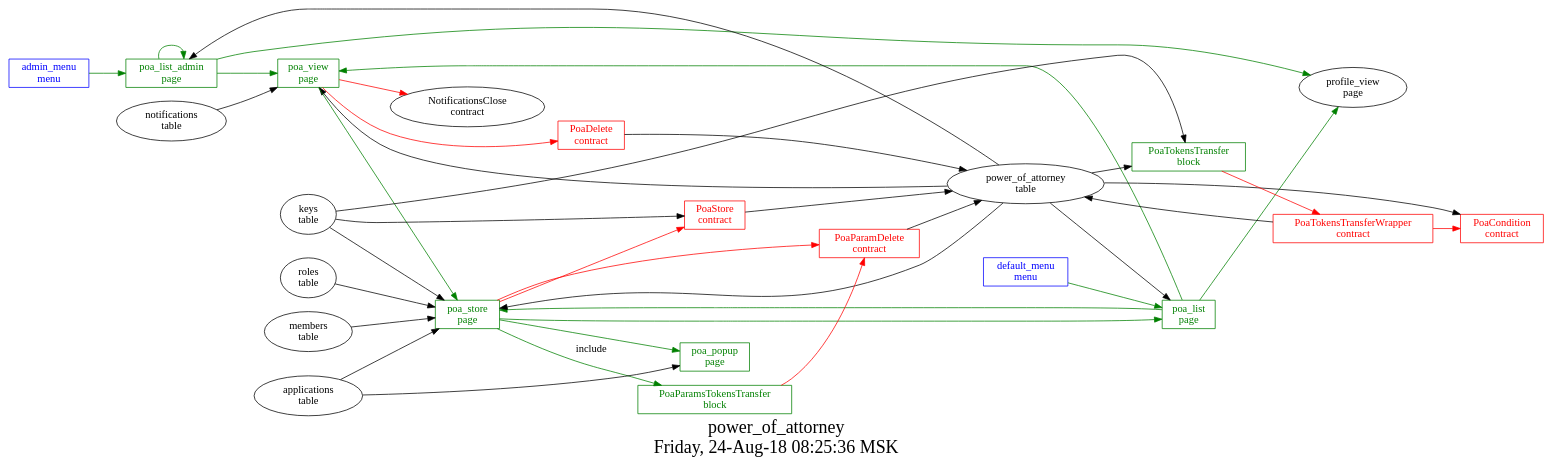
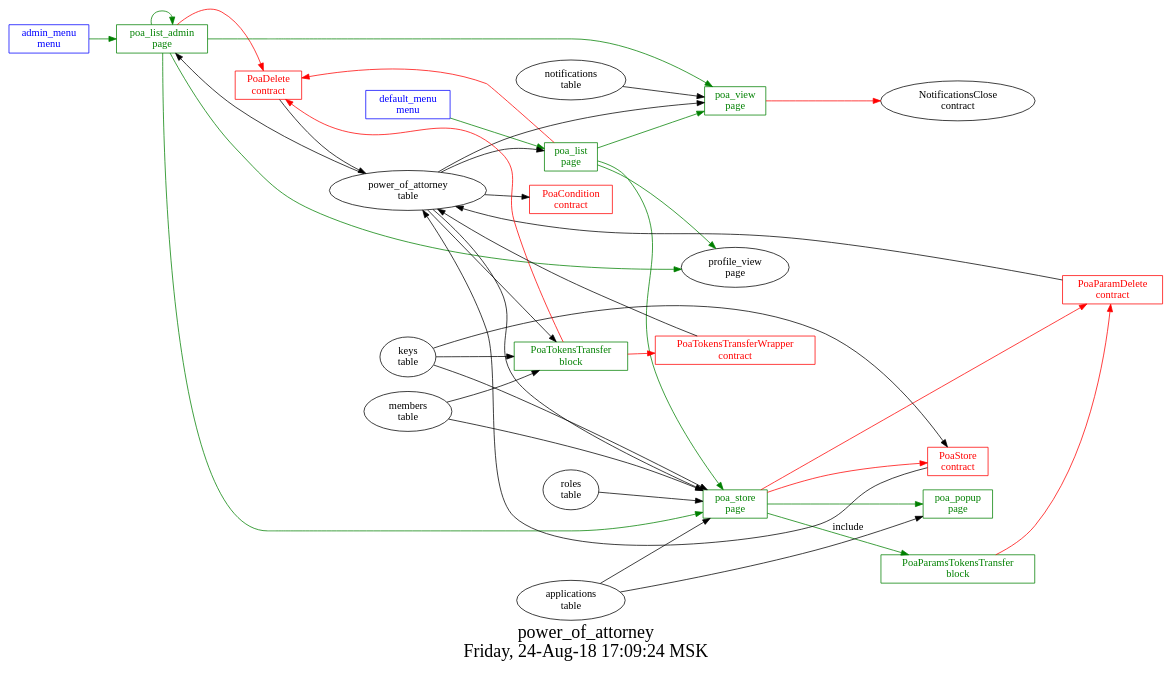
The diagram in src/power_of_attorney/struct.dot (AlexZeDim/apps), drawn with Graphviz before and after one commit. The commit also changed 20 other files, not shown here.

```diff
--- a/src/power_of_attorney/struct.dot
+++ b/src/power_of_attorney/struct.dot
@@ -1,62 +1,63 @@
 digraph G {
 graph [
   fontsize="24";
-  label="power_of_attorney\nFriday, 24-Aug-18 08:25:36 MSK";
+  label="power_of_attorney\nFriday, 24-Aug-18 17:09:24 MSK";
   nojustify=true;
   ordering=out;
   rankdir=LR;
   size="30";
 ];
 "admin_menu\nmenu" -> "poa_list_admin\npage"  [ color=green ]
 "admin_menu\nmenu" [color=blue, fontcolor=blue, group=menus, shape=record];
 "default_menu\nmenu" -> "poa_list\npage"  [ color=green ]
 "default_menu\nmenu" [color=blue, fontcolor=blue, group=menus, shape=record];
+"poa_list\npage" -> "PoaDelete\ncontract"  [ color=red ]
 "power_of_attorney\ntable" -> "poa_list\npage"
 "poa_list\npage" -> "poa_store\npage"  [ color=green ]
 "poa_list\npage" -> "poa_view\npage"  [ color=green ]
 "poa_list\npage" -> "profile_view\npage"  [ color=green ]
 "poa_list\npage" [color=green, fontcolor=green, group=pages, shape=record];
+"poa_list_admin\npage" -> "PoaDelete\ncontract"  [ color=red ]
 "power_of_attorney\ntable" -> "poa_list_admin\npage"
 "poa_list_admin\npage" -> "poa_view\npage"  [ color=green ]
+"poa_list_admin\npage" -> "poa_store\npage"  [ color=green ]
 "poa_list_admin\npage" -> "profile_view\npage"  [ color=green ]
 "poa_list_admin\npage" -> "poa_list_admin\npage"  [ color=green ]
 "poa_list_admin\npage" [color=green, fontcolor=green, group=pages, shape=record];
 "applications\ntable" -> "poa_popup\npage"
 "poa_popup\npage" [color=green, fontcolor=green, group=pages, shape=record];
 "poa_store\npage" -> "PoaParamDelete\ncontract"  [ color=red ]
 "poa_store\npage" -> "PoaStore\ncontract"  [ color=red ]
 "applications\ntable" -> "poa_store\npage"
 "roles\ntable" -> "poa_store\npage"
 "keys\ntable" -> "poa_store\npage"
 "members\ntable" -> "poa_store\npage"
 "power_of_attorney\ntable" -> "poa_store\npage"
-"poa_store\npage" -> "poa_list\npage"  [ color=green ]
 "poa_store\npage" -> "poa_popup\npage"  [ color=green ]
 "poa_store\npage" -> "PoaParamsTokensTransfer\nblock"  [ color=green, label=include ]
 "poa_store\npage" [color=green, fontcolor=green, group=pages, shape=record];
 "poa_view\npage" -> "NotificationsClose\ncontract"  [ color=red ]
-"poa_view\npage" -> "PoaDelete\ncontract"  [ color=red ]
 "notifications\ntable" -> "poa_view\npage"
 "power_of_attorney\ntable" -> "poa_view\npage"
-"poa_view\npage" -> "poa_store\npage"  [ color=green ]
 "poa_view\npage" [color=green, fontcolor=green, group=pages, shape=record];
 "PoaParamsTokensTransfer\nblock" -> "PoaParamDelete\ncontract"  [ color=red ]
 "PoaParamsTokensTransfer\nblock" [color=green, fontcolor=green, group=blocks, shape=record];
 "PoaTokensTransfer\nblock" -> "PoaTokensTransferWrapper\ncontract"  [ color=red ]
+"PoaTokensTransfer\nblock" -> "PoaDelete\ncontract"  [ color=red ]
+"keys\ntable" -> "PoaTokensTransfer\nblock"
 "power_of_attorney\ntable" -> "PoaTokensTransfer\nblock"
-"keys\ntable" -> "PoaTokensTransfer\nblock"
+"members\ntable" -> "PoaTokensTransfer\nblock"
 "PoaTokensTransfer\nblock" [color=green, fontcolor=green, group=blocks, shape=record];
 "power_of_attorney\ntable" -> "PoaCondition\ncontract"
 "PoaCondition\ncontract" [color=red, fontcolor=red, group=contracts, shape=record];
 "PoaDelete\ncontract" -> "power_of_attorney\ntable"  [ color="" ]
 "PoaDelete\ncontract" [color=red, fontcolor=red, group=contracts, shape=record];
 "PoaParamDelete\ncontract" -> "power_of_attorney\ntable"  [ color="" ]
 "PoaParamDelete\ncontract" [color=red, fontcolor=red, group=contracts, shape=record];
 "PoaStore\ncontract" -> "power_of_attorney\ntable"  [ color="" ]
 "keys\ntable" -> "PoaStore\ncontract"
 "PoaStore\ncontract" [color=red, fontcolor=red, group=contracts, shape=record];
-"PoaTokensTransferWrapper\ncontract" -> "PoaCondition\ncontract"  [ color=red ]
 "PoaTokensTransferWrapper\ncontract" -> "power_of_attorney\ntable"  [ color="" ]
 "PoaTokensTransferWrapper\ncontract" [color=red, fontcolor=red, group=contracts, shape=record];
 "power_of_attorney\ntable" [color="", fontcolor="", group=tables, shape=""];
 }
```
